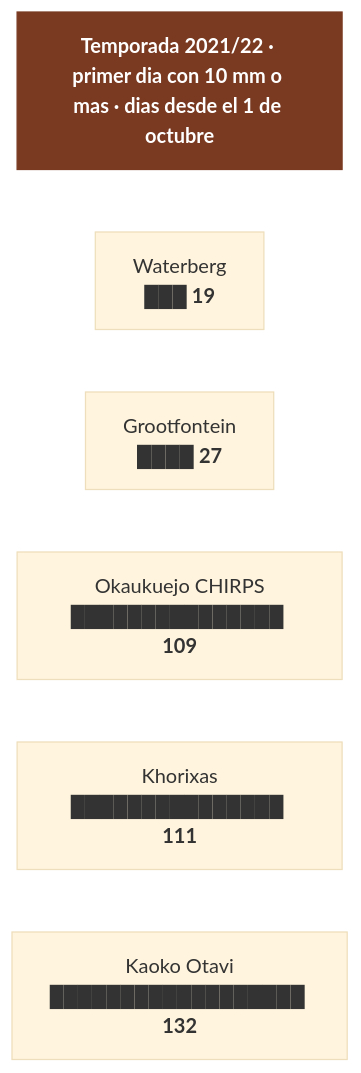
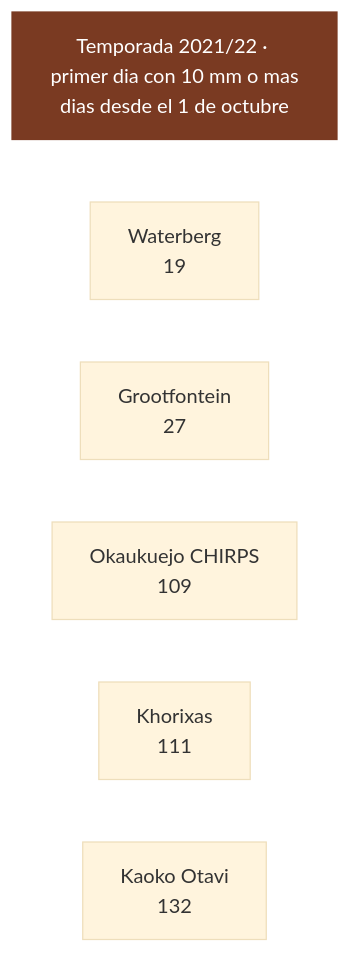
The fourth of 4 diagrams in 14-lluvias-historico.md (morandeirachema/namibia), drawn with Mermaid (base theme) before and after one commit. The commit also changed other lines of this file and 14 other files, not shown here.

Commit message:
Arreglar el renderizado de los diagramas en GitHub: fuera emojis, negritas y barras ASCII de dentro de los nodos, que descuadraban la medida y recortaban el texto

````diff
--- a/14-lluvias-historico.md
+++ b/14-lluvias-historico.md
@@ -125,15 +125,15 @@
 ```mermaid
 flowchart TD
-    T["<b>Temporada 2021/22 · primer dia con 10 mm o mas · dias desde el 1 de octubre</b>"]
-    n0["Waterberg<br/>███ <b>19</b>"]
-    n1["Grootfontein<br/>████ <b>27</b>"]
-    n2["Okaukuejo CHIRPS<br/>███████████████ <b>109</b>"]
-    n3["Khorixas<br/>███████████████ <b>111</b>"]
-    n4["Kaoko Otavi<br/>██████████████████ <b>132</b>"]
+    T["Temporada 2021/22 · primer dia con 10 mm o mas<br/>dias desde el 1 de octubre"]
+    n0["Waterberg<br/>19"]
+    n1["Grootfontein<br/>27"]
+    n2["Okaukuejo CHIRPS<br/>109"]
+    n3["Khorixas<br/>111"]
+    n4["Kaoko Otavi<br/>132"]
     T ~~~ n0
     n0 ~~~ n1
     n1 ~~~ n2
     n2 ~~~ n3
     n3 ~~~ n4
     style T fill:#7a3a22,color:#fff,stroke:#7a3a22
 ```
````
